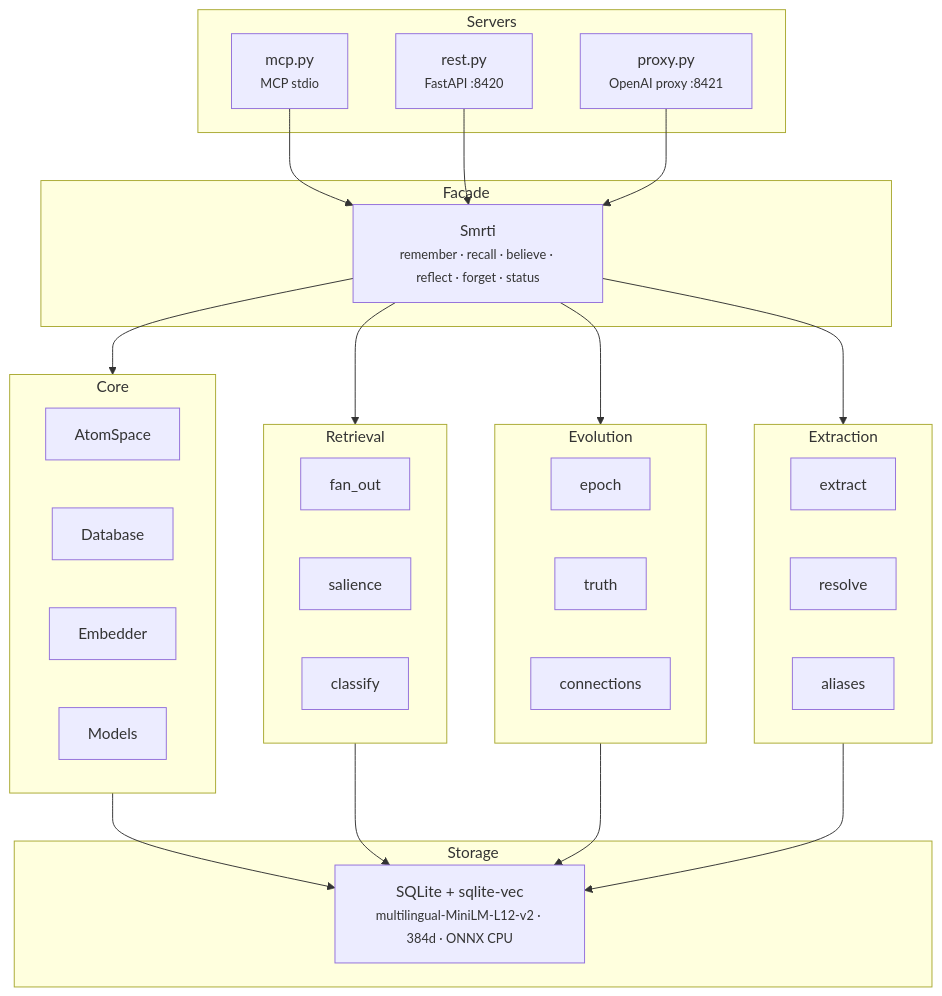
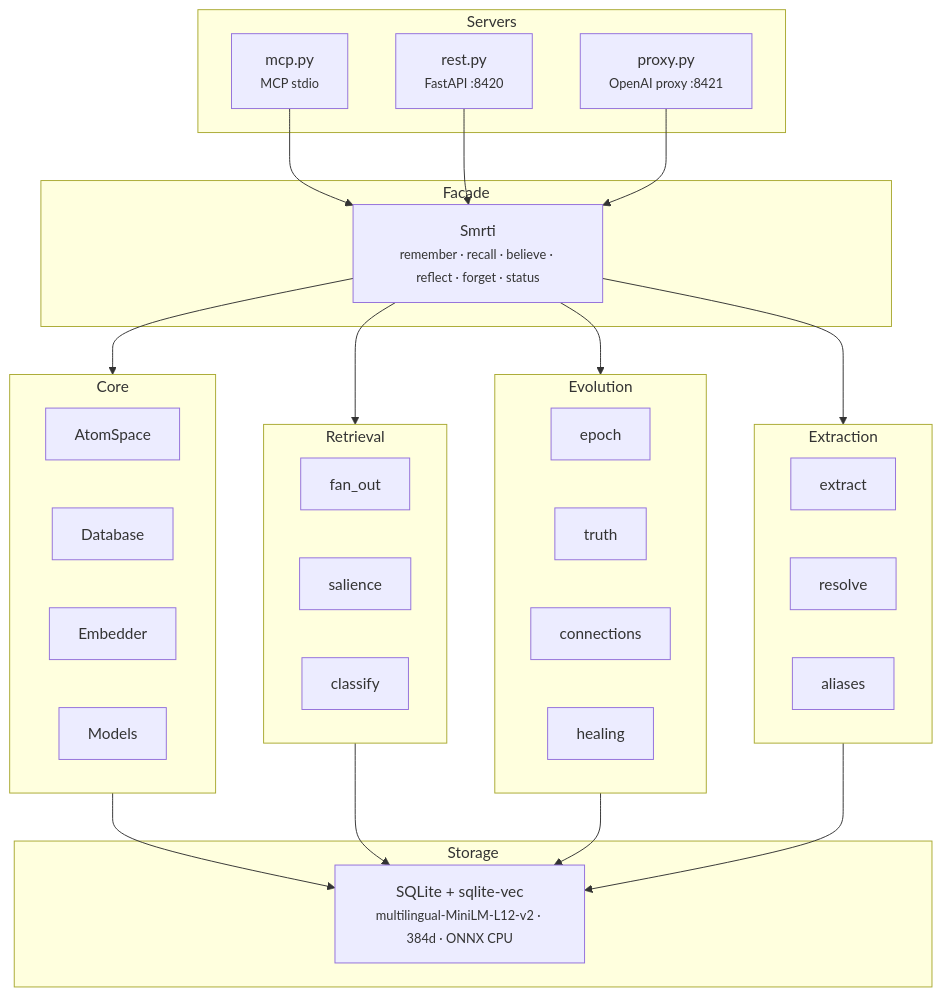
Before and after one commit to cyqlelabs/smrti: the diagram in README.md, drawn with Mermaid. The commit also changed other lines of this file and 3 other files, not shown here.

Commit message:
docs: add healing module and extraction serialization to architecture docs

````diff
--- a/README.md
+++ b/README.md
@@ -271,45 +271,46 @@
 ```mermaid
 graph TD
     subgraph Facade
         S["Smrti<br/><small>remember · recall · believe · reflect · forget · status</small>"]
     end
 
     subgraph Servers
         MCP["mcp.py<br/><small>MCP stdio</small>"]
         REST["rest.py<br/><small>FastAPI :8420</small>"]
         PROXY["proxy.py<br/><small>OpenAI proxy :8421</small>"]
     end
 
     subgraph Core
         AS["AtomSpace"]
         DB["Database"]
         EMB["Embedder"]
         MOD["Models"]
     end
 
     subgraph Retrieval
         FAN["fan_out"]
         SAL["salience"]
         CLS["classify"]
     end
 
     subgraph Evolution
         EPO["epoch"]
         TRU["truth"]
         CON["connections"]
+        HEA["healing"]
     end
 
     subgraph Extraction
         EXT["extract"]
         RES["resolve"]
         ALI["aliases"]
     end
 
     subgraph Storage
         SQL["SQLite + sqlite-vec<br/><small>multilingual-MiniLM-L12-v2 · 384d · ONNX CPU</small>"]
     end
 
     MCP & REST & PROXY --> S
     S --> Core & Retrieval & Evolution & Extraction
     Core & Retrieval & Evolution & Extraction --> SQL
 ```
````
